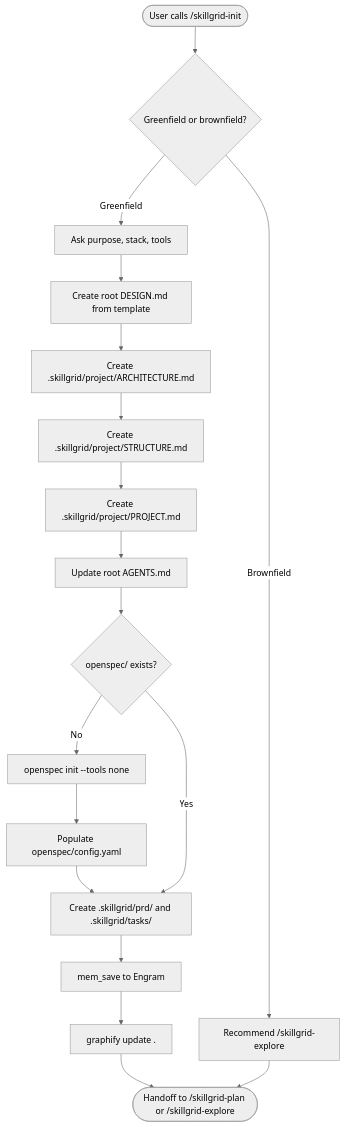
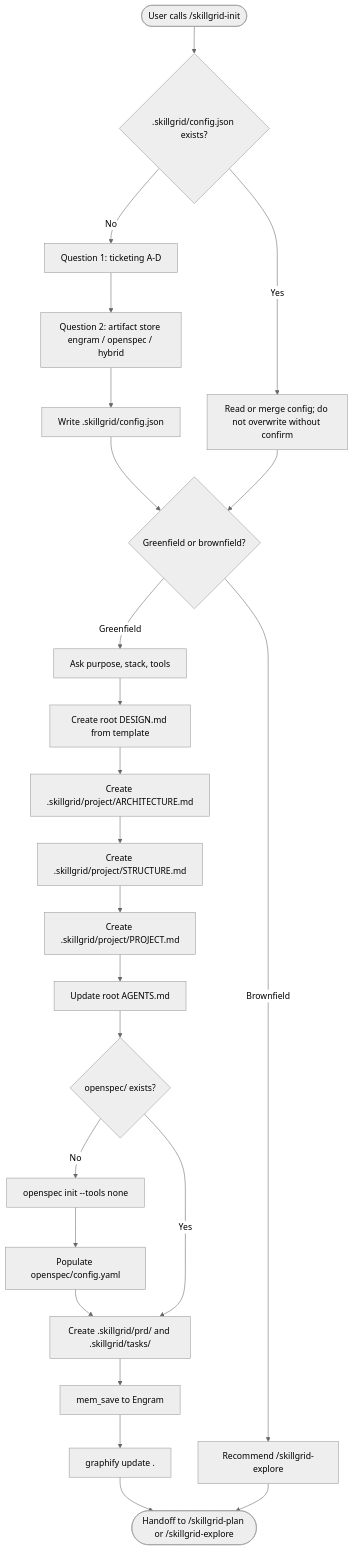
The diagram in .github/prompts/skillgrid-init.md (devopstales/aiskillgrid), drawn with Mermaid (neutral theme) before and after one commit. The commit also changed other lines of this file and 65 other files, not shown here.

````diff
--- a/.github/prompts/skillgrid-init.md
+++ b/.github/prompts/skillgrid-init.md
@@ -21,23 +21,30 @@
 ```mermaid
 flowchart TD
     START([User calls /skillgrid-init])
+    CFG{.skillgrid/config.json exists?}
+    START --> CFG
+    CFG -->|No| ASK_TICKET[Question 1: ticketing A-D]
+    ASK_TICKET --> ASK_STORE[Question 2: artifact store engram / openspec / hybrid]
+    ASK_STORE --> WRITE_CFG[Write .skillgrid/config.json]
+    WRITE_CFG --> GFB
+    CFG -->|Yes| MERGE_CFG[Read or merge config; do not overwrite without confirm]
+    MERGE_CFG --> GFB
     GFB{Greenfield or brownfield?}
-    START --> GFB
     GFB -->|Greenfield| ASK[Ask purpose, stack, tools]
     ASK --> DESIGN[Create root DESIGN.md from template]
     DESIGN --> ARCH[Create .skillgrid/project/ARCHITECTURE.md]
     ARCH --> STRUCT[Create .skillgrid/project/STRUCTURE.md]
     STRUCT --> PROJ[Create .skillgrid/project/PROJECT.md]
     PROJ --> AGENTS[Update root AGENTS.md]
     AGENTS --> OPS{openspec/ exists?}
     OPS -->|No| INIT[openspec init --tools none]
-    INIT --> CONFIG[Populate openspec/config.yaml]
-    CONFIG --> PRD_CREATE[Create .skillgrid/prd/ and .skillgrid/tasks/]
+    INIT --> OS_CONFIG[Populate openspec/config.yaml]
+    OS_CONFIG --> PRD_CREATE[Create .skillgrid/prd/ and .skillgrid/tasks/]
     PRD_CREATE --> ENGRAM[mem_save to Engram]
     ENGRAM --> GRAPH[graphify update .]
     GRAPH --> DONE([Handoff to /skillgrid-plan or /skillgrid-explore])
     GFB -->|Brownfield| EXPLORE[Recommend /skillgrid-explore]
     EXPLORE --> DONE
 
     OPS -->|Yes| PRD_CREATE
 ```
````
